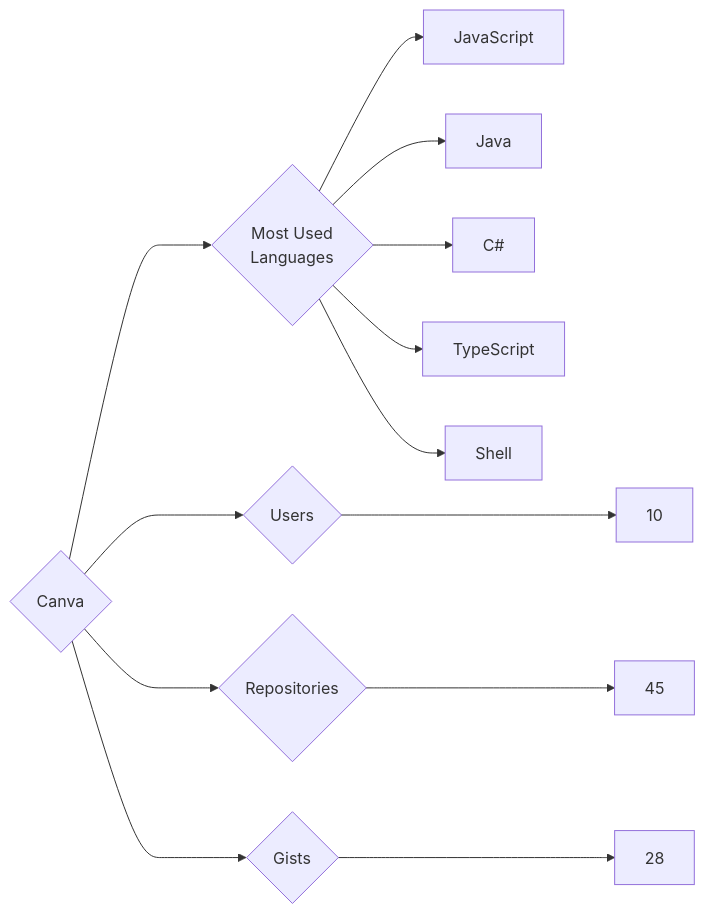
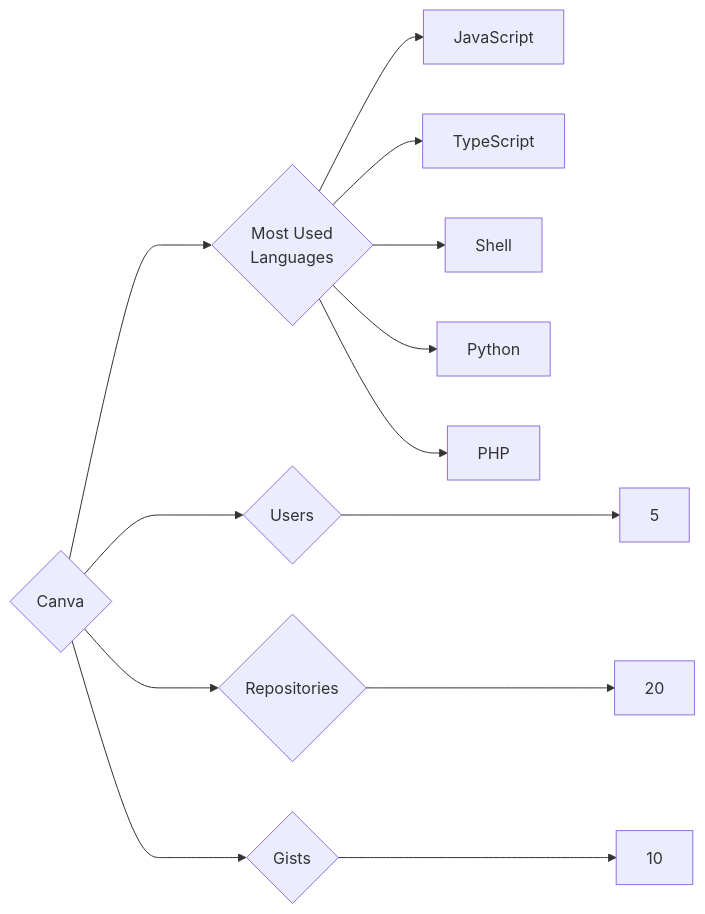
Before and after one commit to trickest/insiders: the diagram in targets/Canva/README.md, drawn with Mermaid. The commit also changed 993 other files, not shown here.

````diff
--- a/targets/Canva/README.md
+++ b/targets/Canva/README.md
@@ -3,13 +3,13 @@
 ```mermaid
 graph LR
 COMPANY_NAME{Canva}
-COMPANY_NAME ---> U{Users} ---> UN[10]
-COMPANY_NAME ---> R{Repositories} ---> RN[45]
-COMPANY_NAME ---> G{Gists} ---> GN[28]
+COMPANY_NAME ---> U{Users} ---> UN[5]
+COMPANY_NAME ---> R{Repositories} ---> RN[20]
+COMPANY_NAME ---> G{Gists} ---> GN[10]
 COMPANY_NAME ---> ML{Most Used<br>Languages}
 ML --> JavaScript[JavaScript]
-ML --> Java[Java]
-ML --> C#[C#]
 ML --> TypeScript[TypeScript]
 ML --> Shell[Shell]
+ML --> Python[Python]
+ML --> PHP[PHP]
 ```
````
